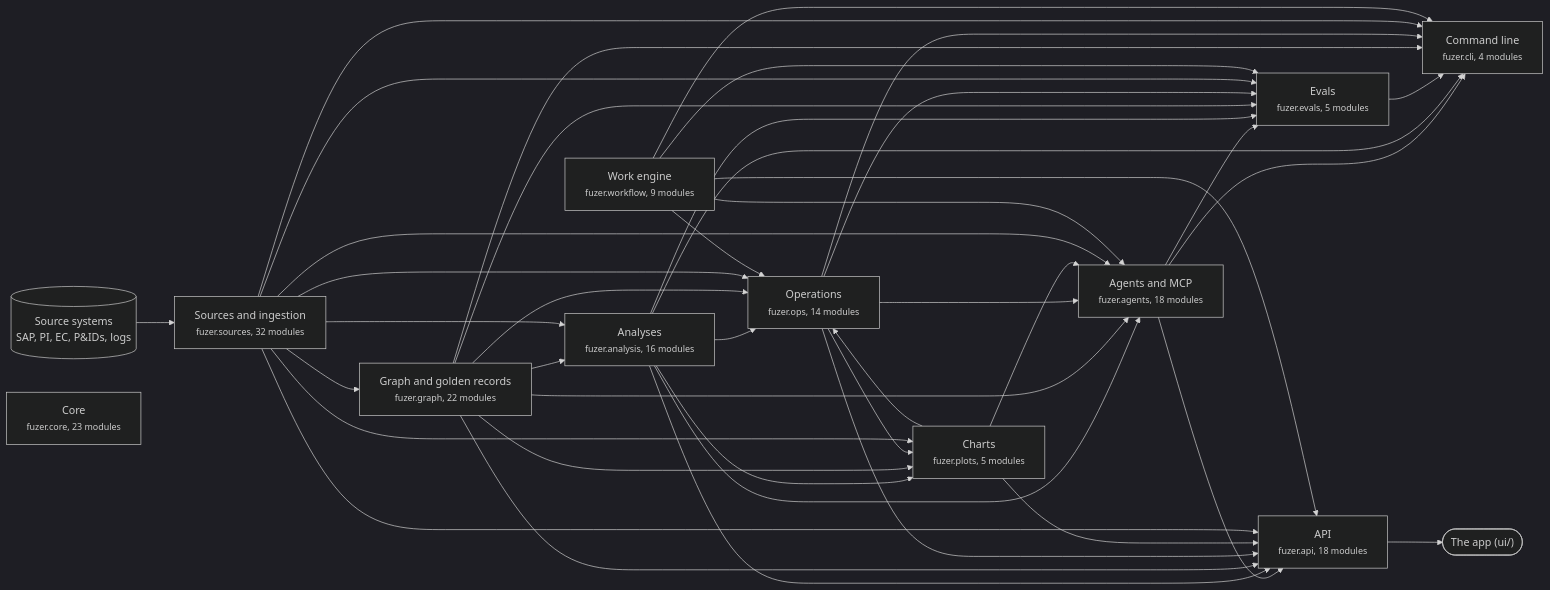
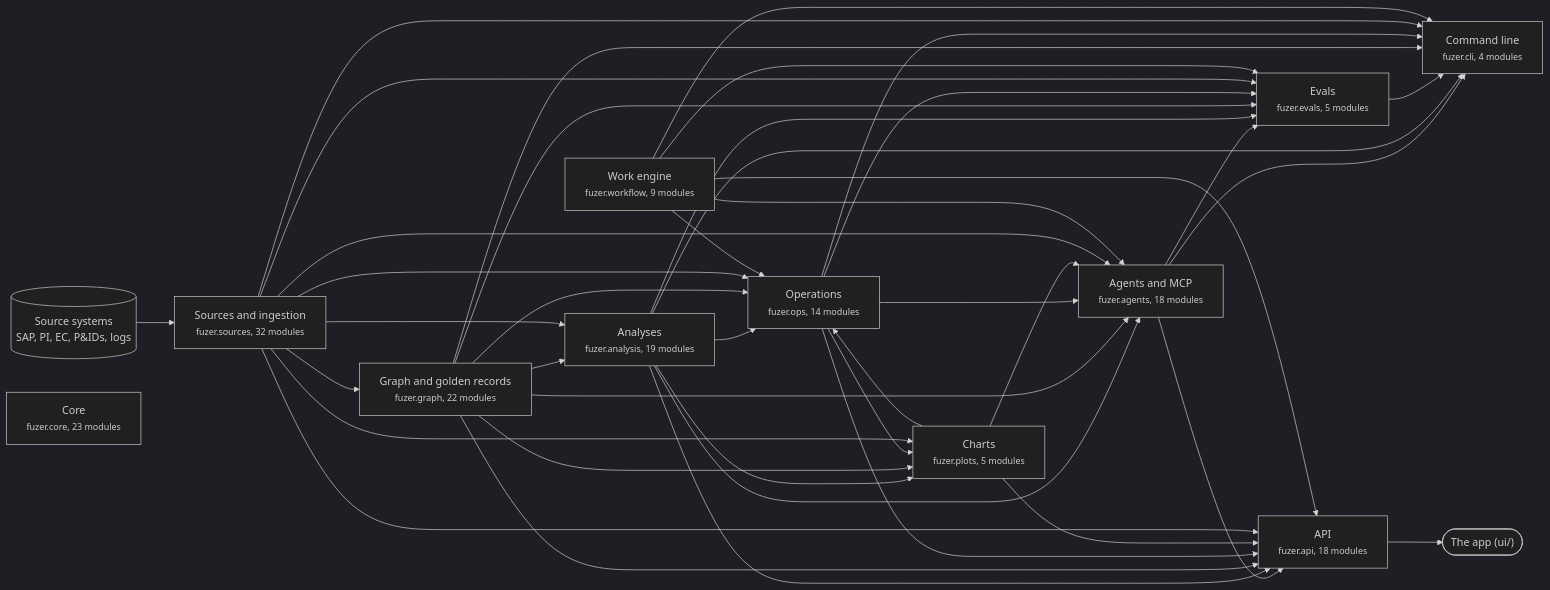
One commit to areed145/fuzer changed the first of 3 diagrams in docs/architecture.md. Above: the diagram before and after it, drawn with Mermaid (dark theme). The commit also changed other lines of this file and 21 other files, not shown here.

````diff
--- a/docs/architecture.md
+++ b/docs/architecture.md
@@ -8,66 +8,66 @@
 ```mermaid
 flowchart LR
   systems[("Source systems<br>SAP, PI, EC, P&IDs, logs")] --> c_sources
   app(["The app (ui/)"])
   c_api --> app
   c_sources["Sources and ingestion<br><small>fuzer.sources, 32 modules</small>"]
   c_graph["Graph and golden records<br><small>fuzer.graph, 22 modules</small>"]
-  c_analysis["Analyses<br><small>fuzer.analysis, 16 modules</small>"]
+  c_analysis["Analyses<br><small>fuzer.analysis, 19 modules</small>"]
   c_ops["Operations<br><small>fuzer.ops, 14 modules</small>"]
   c_plots["Charts<br><small>fuzer.plots, 5 modules</small>"]
   c_workflow["Work engine<br><small>fuzer.workflow, 9 modules</small>"]
   c_agents["Agents and MCP<br><small>fuzer.agents, 18 modules</small>"]
   c_evals["Evals<br><small>fuzer.evals, 5 modules</small>"]
   c_api["API<br><small>fuzer.api, 18 modules</small>"]
   c_cli["Command line<br><small>fuzer.cli, 4 modules</small>"]
   c_core["Core<br><small>fuzer.core, 23 modules</small>"]
   c_sources --> c_graph
   c_graph --> c_analysis
   c_sources --> c_analysis
   c_analysis --> c_ops
   c_graph --> c_ops
   c_plots --> c_ops
   c_sources --> c_ops
   c_workflow --> c_ops
   c_analysis --> c_plots
   c_graph --> c_plots
   c_ops --> c_plots
   c_sources --> c_plots
   c_analysis --> c_agents
   c_graph --> c_agents
   c_ops --> c_agents
   c_plots --> c_agents
   c_sources --> c_agents
   c_workflow --> c_agents
   c_agents --> c_evals
   c_analysis --> c_evals
   c_graph --> c_evals
   c_ops --> c_evals
   c_sources --> c_evals
   c_workflow --> c_evals
   c_agents --> c_api
   c_analysis --> c_api
   c_graph --> c_api
   c_ops --> c_api
   c_plots --> c_api
   c_sources --> c_api
   c_workflow --> c_api
   c_agents --> c_cli
   c_analysis --> c_cli
   c_evals --> c_cli
   c_graph --> c_cli
   c_ops --> c_cli
   c_sources --> c_cli
   c_workflow --> c_cli
   click c_sources "https://github.com/areed145/fuzer/tree/main/src/fuzer/sources"
   click c_graph "https://github.com/areed145/fuzer/tree/main/src/fuzer/graph"
   click c_analysis "https://github.com/areed145/fuzer/tree/main/src/fuzer/analysis"
   click c_ops "https://github.com/areed145/fuzer/tree/main/src/fuzer/ops"
   click c_plots "https://github.com/areed145/fuzer/tree/main/src/fuzer/plots"
   click c_workflow "https://github.com/areed145/fuzer/tree/main/src/fuzer/workflow"
   click c_agents "https://github.com/areed145/fuzer/tree/main/src/fuzer/agents"
   click c_evals "https://github.com/areed145/fuzer/tree/main/src/fuzer/evals"
   click c_api "https://github.com/areed145/fuzer/tree/main/src/fuzer/api"
   click c_cli "https://github.com/areed145/fuzer/tree/main/src/fuzer/cli"
   click c_core "https://github.com/areed145/fuzer/tree/main/src/fuzer/core"
 ```
````
